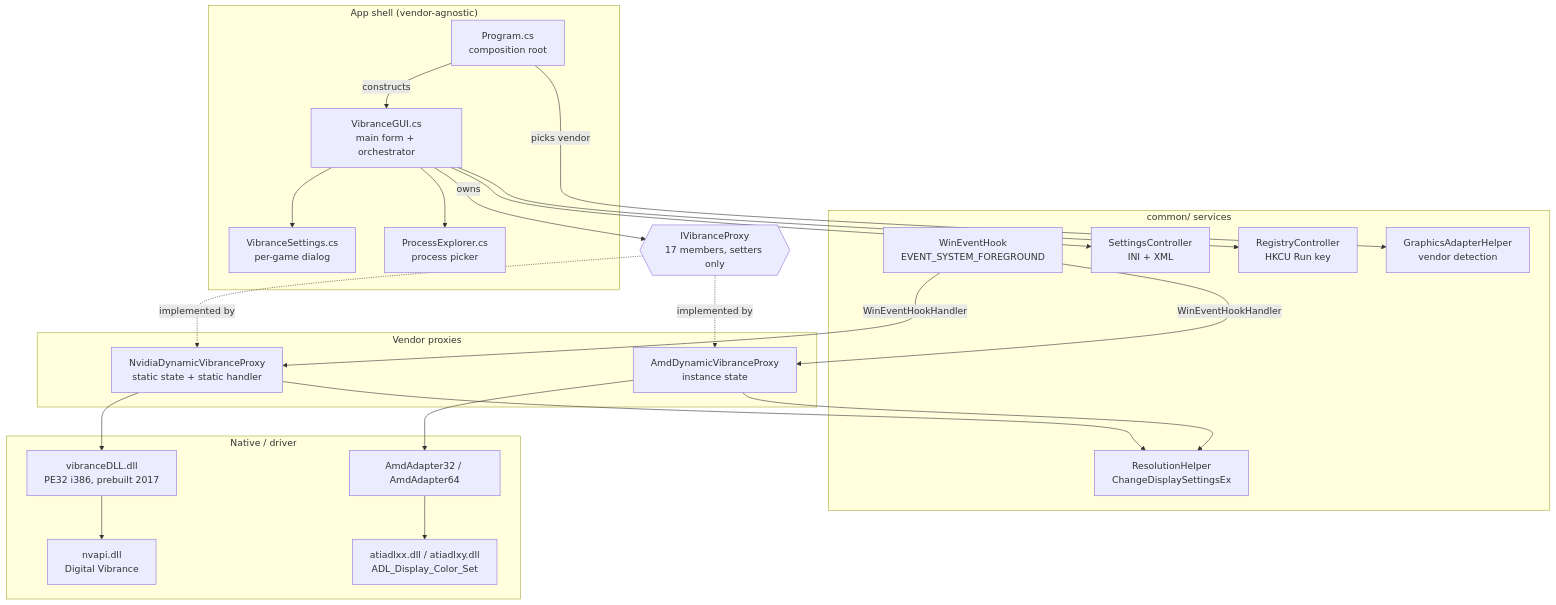
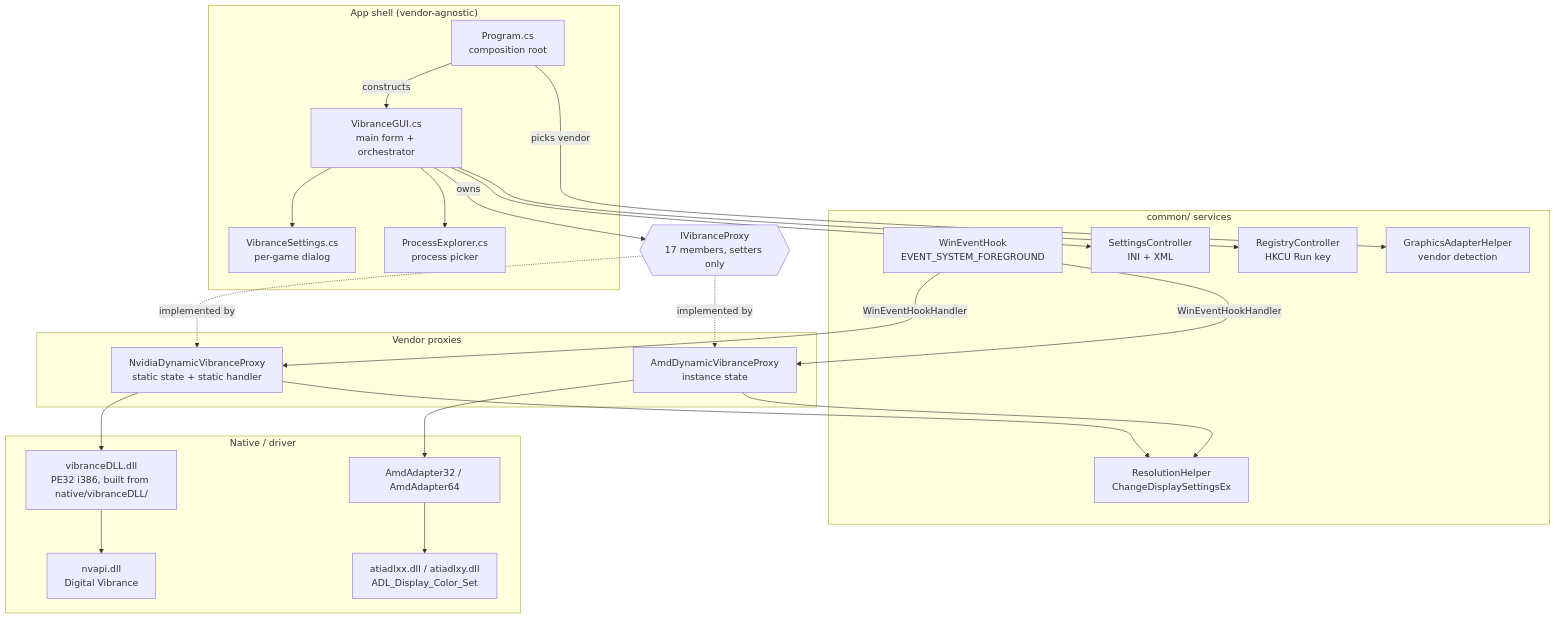
The first of 4 diagrams in docs/CODEBASE_GUIDE.md (SwatX18/vibranceGUI), drawn with Mermaid before and after one commit. The commit also changed other lines of this file and 16 other files, not shown here.

````diff
--- a/docs/CODEBASE_GUIDE.md
+++ b/docs/CODEBASE_GUIDE.md
@@ -495,47 +529,47 @@
 ```mermaid
 graph TD
     subgraph shell["App shell (vendor-agnostic)"]
         P["Program.cs<br/>composition root"]
         VG["VibranceGUI.cs<br/>main form + orchestrator"]
         VS["VibranceSettings.cs<br/>per-game dialog"]
         PE["ProcessExplorer.cs<br/>process picker"]
     end
 
     subgraph common["common/ services"]
         WEH["WinEventHook<br/>EVENT_SYSTEM_FOREGROUND"]
         SC["SettingsController<br/>INI + XML"]
         RC["RegistryController<br/>HKCU Run key"]
         RH["ResolutionHelper<br/>ChangeDisplaySettingsEx"]
         GA["GraphicsAdapterHelper<br/>vendor detection"]
     end
 
     IVP{{"IVibranceProxy<br/>17 members, setters only"}}
 
     subgraph vendor["Vendor proxies"]
         NV["NvidiaDynamicVibranceProxy<br/>static state + static handler"]
         AMD["AmdDynamicVibranceProxy<br/>instance state"]
     end
 
     subgraph native["Native / driver"]
-        DLL["vibranceDLL.dll<br/>PE32 i386, prebuilt 2017"]
+        DLL["vibranceDLL.dll<br/>PE32 i386, built from native/vibranceDLL/"]
         NVAPI["nvapi.dll<br/>Digital Vibrance"]
         ADLA["AmdAdapter32 / AmdAdapter64"]
         ADL["atiadlxx.dll / atiadlxy.dll<br/>ADL_Display_Color_Set"]
     end
 
     P -->|"picks vendor"| GA
     P -->|"constructs"| VG
     VG -->|"owns"| IVP
     VG --> SC
     VG --> RC
     VG --> VS
     VG --> PE
     IVP -.implemented by.-> NV
     IVP -.implemented by.-> AMD
     NV --> DLL --> NVAPI
     AMD --> ADLA --> ADL
     WEH -->|"WinEventHookHandler"| NV
     WEH -->|"WinEventHookHandler"| AMD
     NV --> RH
     AMD --> RH
 ```
````
